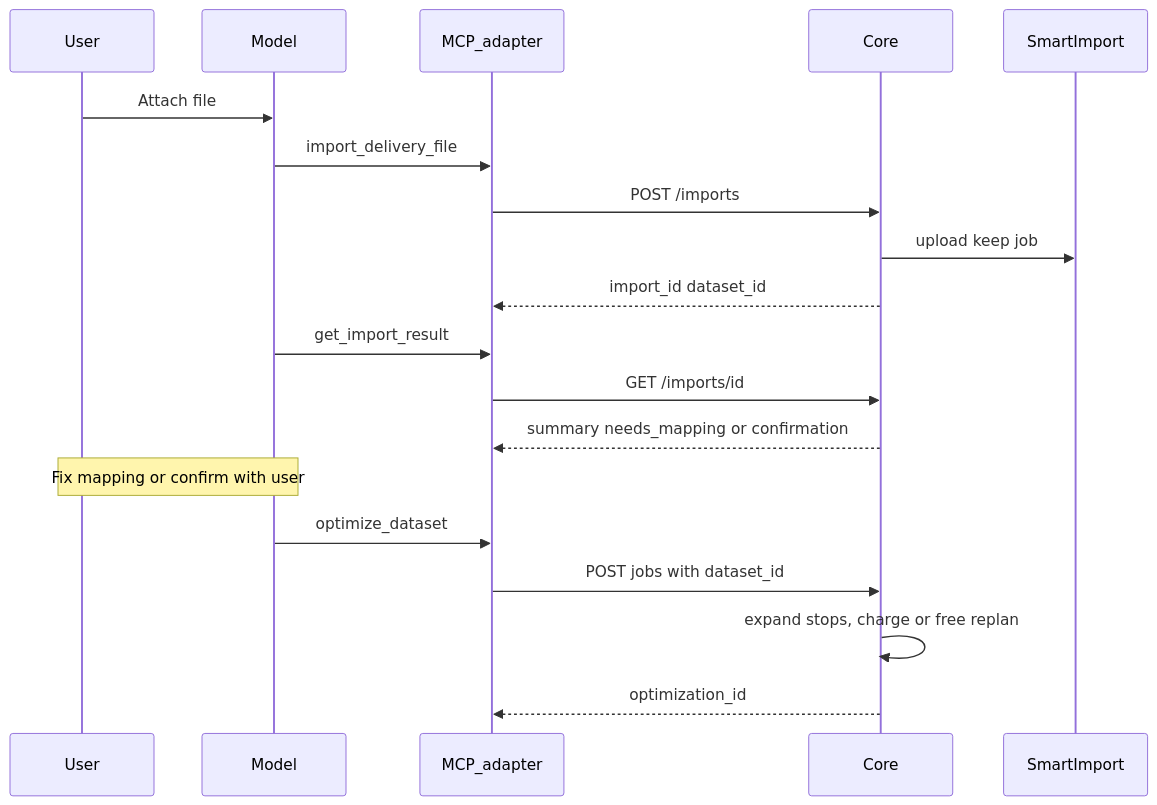
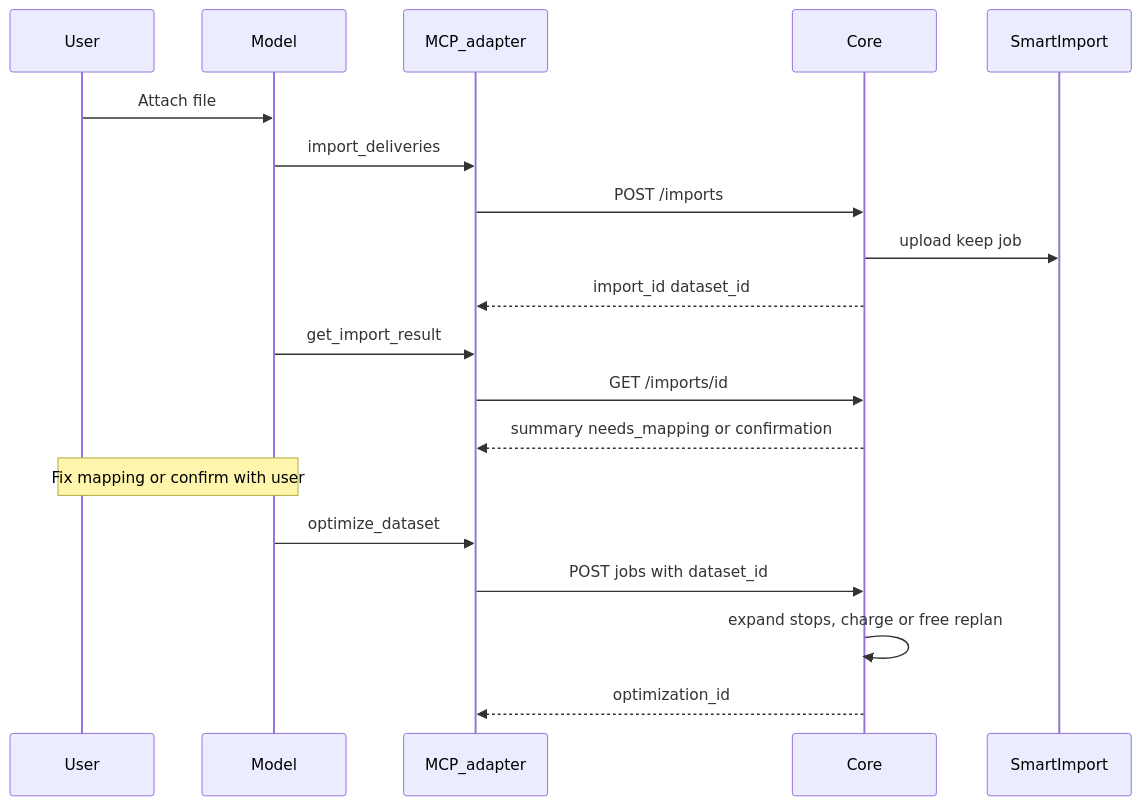
The second of 3 diagrams in docs/architecture-mcp-orderset.md (vizzito/vepathos-mcp), drawn with Mermaid before and after one commit. The commit also changed other lines of this file and 45 other files, not shown here.

````diff
--- a/docs/architecture-mcp-orderset.md
+++ b/docs/architecture-mcp-orderset.md
@@ -89,21 +89,21 @@
 ```mermaid
 sequenceDiagram
   participant U as User
   participant M as Model
   participant A as MCP_adapter
   participant C as Core
   participant SI as SmartImport
   U->>M: Attach file
-  M->>A: import_delivery_file
+  M->>A: import_deliveries
   A->>C: POST /imports
   C->>SI: upload keep job
   C-->>A: import_id dataset_id
   M->>A: get_import_result
   A->>C: GET /imports/id
   C-->>A: summary needs_mapping or confirmation
   Note over M,U: Fix mapping or confirm with user
   M->>A: optimize_dataset
   A->>C: POST jobs with dataset_id
   C->>C: expand stops, charge or free replan
   C-->>A: optimization_id
 ```
````
